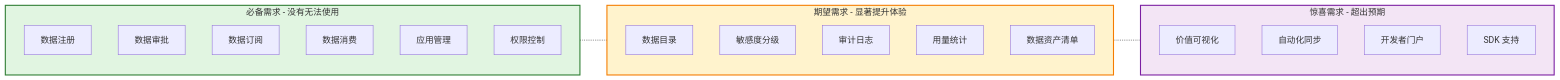
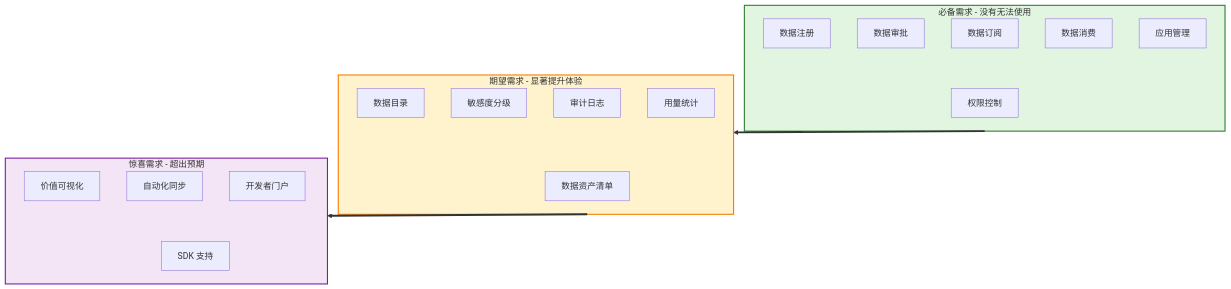
The sixth of 10 diagrams in open-app/.specs/feature-session-001/discovery-report.md (THZSummer/Product), drawn with Mermaid before and after one commit.

Commit message:
design: 按 1.1 章节效果重画 4.1 需求分层图表
- graph TB 布局（从上到下）
- subgraph 内节点垂直排列
- 底部使用&语法实现水平对齐
- 使用==>箭头连接三大块，体现代次关系
- 增加边框样式，更醒目

````diff
--- a/open-app/.specs/feature-session-001/discovery-report.md
+++ b/open-app/.specs/feature-session-001/discovery-report.md
@@ -210,23 +210,37 @@
 ```mermaid
-graph LR
+graph TB
     subgraph Must_Have[必备需求 - 没有无法使用]
-        direction TB
-        M1[数据注册] & M2[数据审批] & M3[数据订阅] & M4[数据消费] & M5[应用管理] & M6[权限控制]
+        M1[数据注册]
+        M2[数据审批]
+        M3[数据订阅]
+        M4[数据消费]
+        M5[应用管理]
+        M6[权限控制]
     end
     
     subgraph Should_Have[期望需求 - 显著提升体验]
-        direction TB
-        S1[数据目录] & S2[敏感度分级] & S3[审计日志] & S4[用量统计] & S5[数据资产清单]
+        S1[数据目录]
+        S2[敏感度分级]
+        S3[审计日志]
+        S4[用量统计]
+        S5[数据资产清单]
     end
     
     subgraph Could_Have[惊喜需求 - 超出预期]
-        direction TB
-        C1[价值可视化] & C2[自动化同步] & C3[开发者门户] & C4[SDK 支持]
+        C1[价值可视化]
+        C2[自动化同步]
+        C3[开发者门户]
+        C4[SDK 支持]
     end
     
-    Must_Have -.- Should_Have -.- Could_Have
+    M1 & M2 & M3 & M4 & M5 & M6 -.- Must_Have
+    S1 & S2 & S3 & S4 & S5 -.- Should_Have
+    C1 & C2 & C3 & C4 -.- Could_Have
+    
+    Must_Have ==> Should_Have
+    Should_Have ==> Could_Have
     
     style Must_Have fill:#e1f5e1,stroke:#2e7d32,stroke-width:2px
     style Should_Have fill:#fff3cd,stroke:#f57c00,stroke-width:2px
     style Could_Have fill:#f3e5f5,stroke:#7b1fa2,stroke-width:2px
 ```
````
